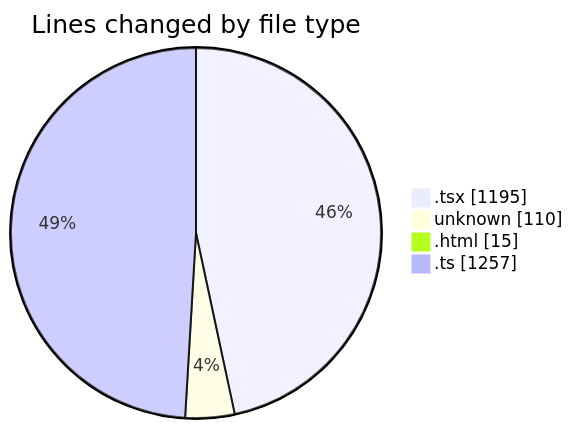
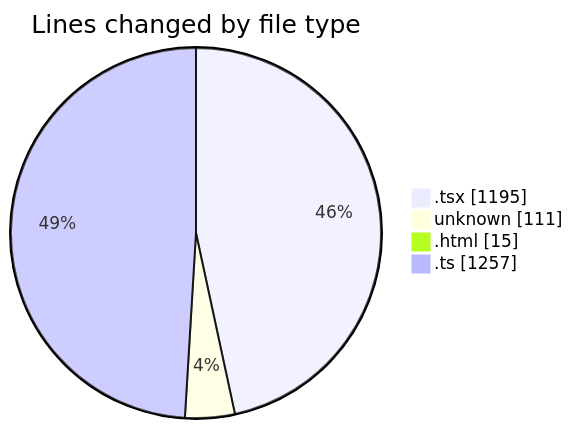
The first of 2 diagrams in 2025-06-23/archive/README.md (JenPaints/code-tracking), drawn with Mermaid before and after one commit. The commit also changed other lines of this file and 1 other file, not shown here.

````diff
--- a/2025-06-23/archive/README.md
+++ b/2025-06-23/archive/README.md
@@ -26,8 +26,8 @@
 ```mermaid
 pie showData
 title Lines changed by file type
 ".tsx" : 1195
-"unknown" : 110
+"unknown" : 111
 ".html" : 15
 ".ts" : 1257
 ```
````
